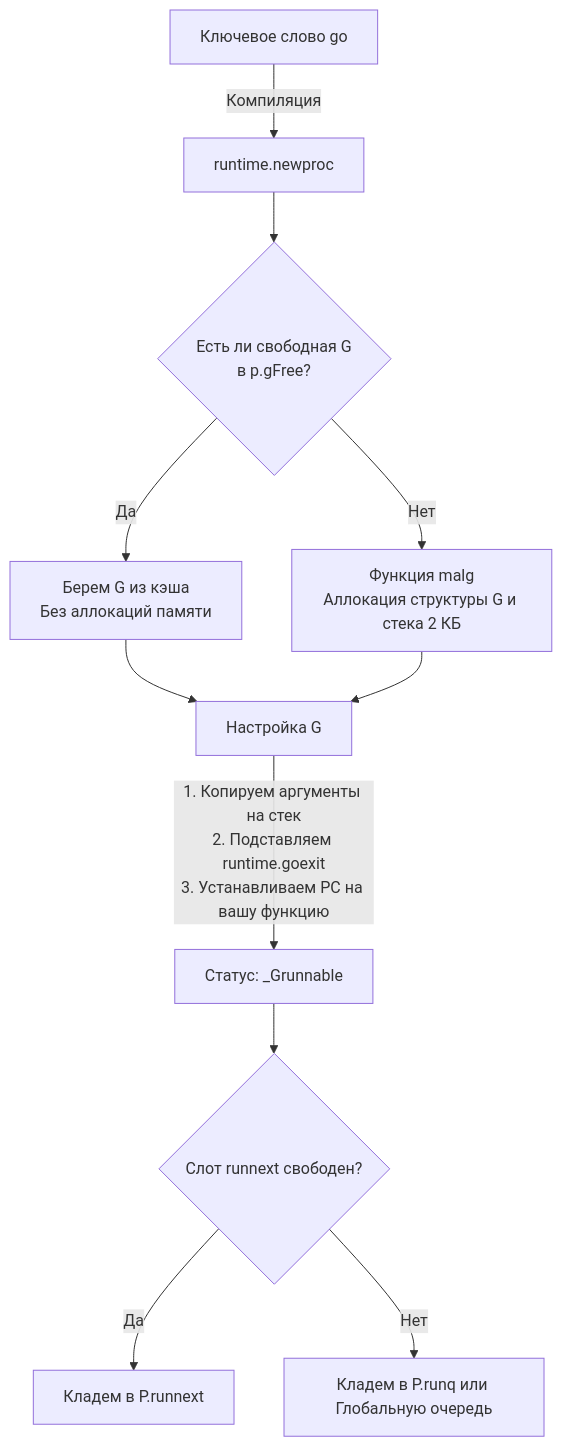
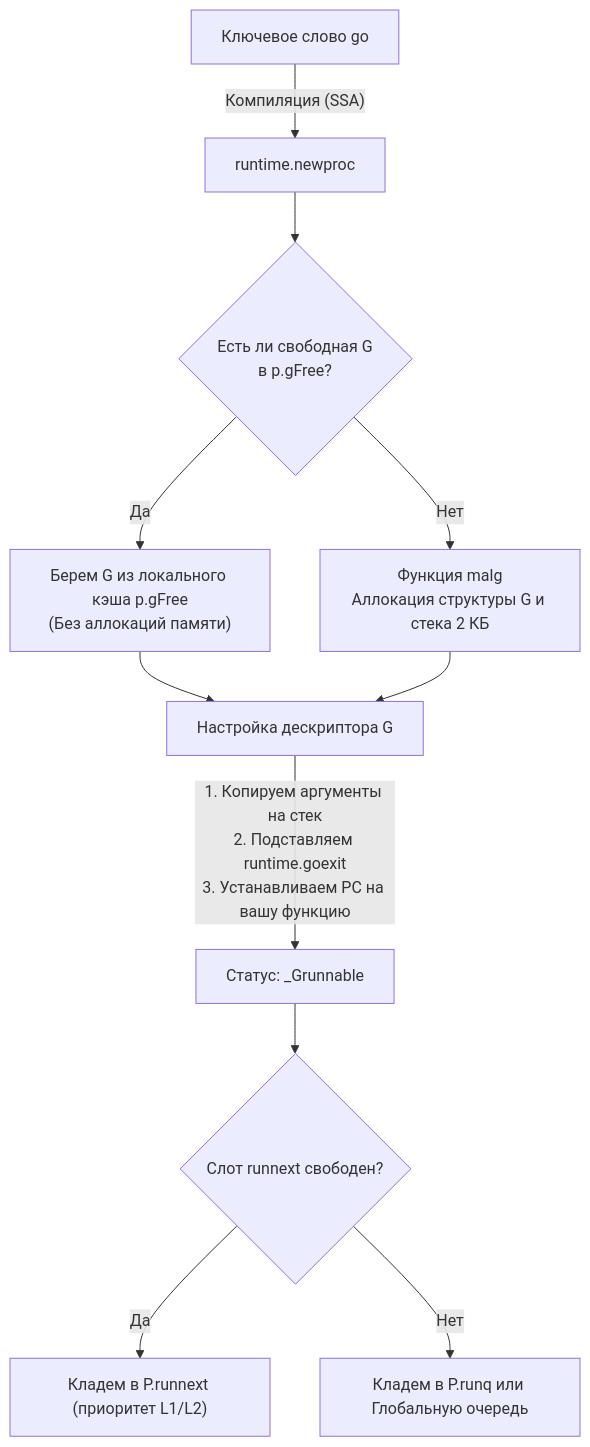
Before and after one commit to UnrealTemplier/go-textbook: the diagram in sources/7. Глубокий Go (Внутреннее устройство)/12. Как создается и завершается goroutine.md, drawn with Mermaid. The commit also changed other lines of this file, not shown here.

````diff
--- a/sources/7. Глубокий Go (Внутреннее устройство)/12. Как создается и завершается goroutine.md
+++ b/sources/7. Глубокий Go (Внутреннее устройство)/12. Как создается и завершается goroutine.md
@@ -44,18 +21,18 @@
 ```mermaid
 flowchart TD
-    GO_KW["Ключевое слово go"] -->|"Компиляция"| NEWPROC["runtime.newproc"]
+    GO_KW["Ключевое слово go"] -->|"Компиляция (SSA)"| NEWPROC["runtime.newproc"]
     
     NEWPROC --> CHECK_GFREE{"Есть ли свободная G<br>в p.gFree?"}
     
-    CHECK_GFREE -->|"Да"| REUSE_G["Берем G из кэша<br>Без аллокаций памяти"]
+    CHECK_GFREE -->|"Да"| REUSE_G["Берем G из локального кэша p.gFree<br>(Без аллокаций памяти)"]
     CHECK_GFREE -->|"Нет"| MALG["Функция malg<br>Аллокация структуры G и стека 2 КБ"]
     
-    REUSE_G --> SETUP_G["Настройка G"]
+    REUSE_G --> SETUP_G["Настройка дескриптора G"]
     MALG --> SETUP_G
     
     SETUP_G -->|"1. Копируем аргументы на стек<br>2. Подставляем runtime.goexit<br>3. Устанавливаем PC на вашу функцию"| SET_RUNNABLE["Статус: _Grunnable"]
     
     SET_RUNNABLE --> PUT_RUNNEXT{"Слот runnext свободен?"}
-    PUT_RUNNEXT -->|"Да"| RUNNEXT["Кладем в P.runnext"]
+    PUT_RUNNEXT -->|"Да"| RUNNEXT["Кладем в P.runnext (приоритет L1/L2)"]
     PUT_RUNNEXT -->|"Нет"| RUNQ["Кладем в P.runq или Глобальную очередь"]
 ```
````
